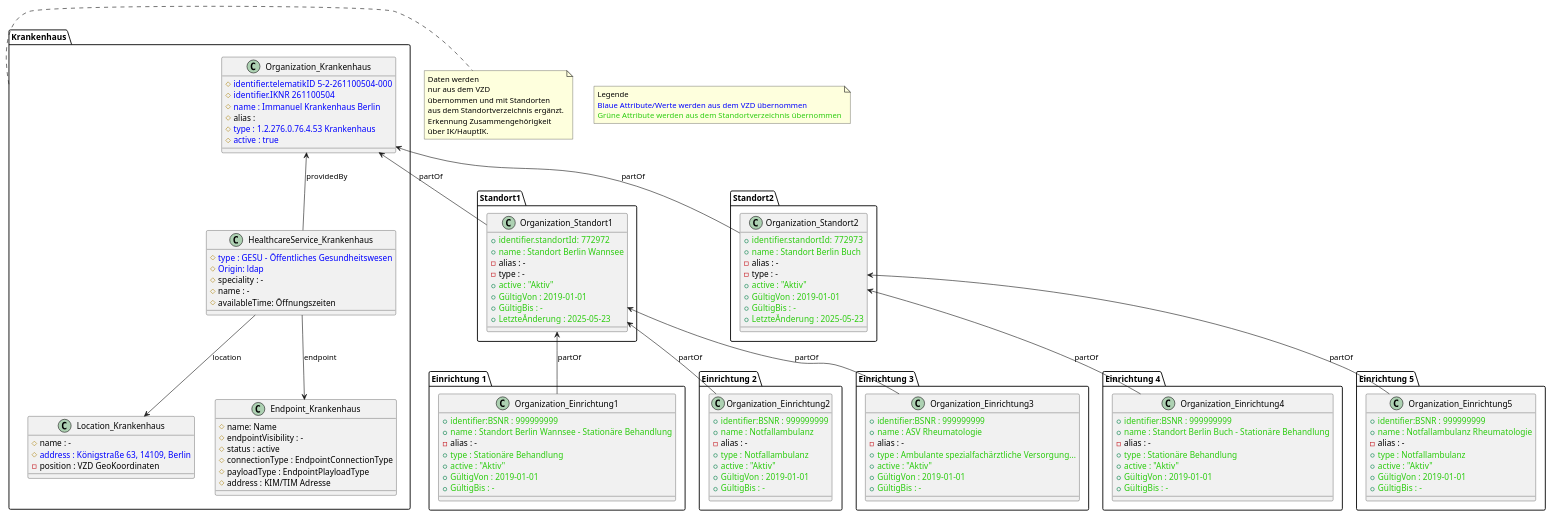
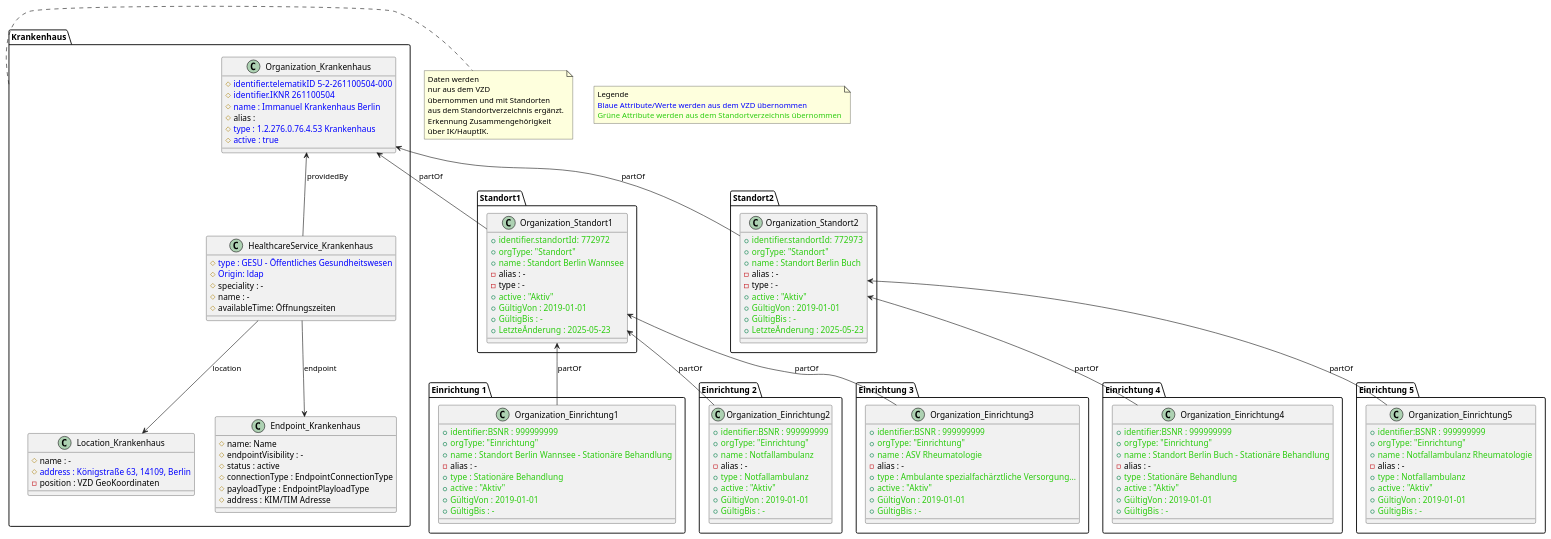
One commit to gematik/api-vzd changed the diagram in src/plantuml/OrgStruct/Standortverzeichnis_Beispiel_Immanuel_Krankenhaus_Berlin_compr.puml. Above: the diagram before and after it, drawn with PlantUML.

```diff
--- a/src/plantuml/OrgStruct/Standortverzeichnis_Beispiel_Immanuel_Krankenhaus_Berlin_compr.puml
+++ b/src/plantuml/OrgStruct/Standortverzeichnis_Beispiel_Immanuel_Krankenhaus_Berlin_compr.puml
@@ -1,180 +1,187 @@
 @startuml
 
 package "Krankenhaus" {
   
 class Organization_Krankenhaus {
 #<color:#0000FF>identifier.telematikID 5-2-261100504-000</color> 
 #<color:#0000FF>identifier.IKNR 261100504</color>
 #<color:#0000FF>name : Immanuel Krankenhaus Berlin</color>
 #alias : 
 #<color:#0000FF>type : 1.2.276.0.76.4.53 Krankenhaus</color>
 #<color:#0000FF>active : true</color>
 }
 
 
 
 class HealthcareService_Krankenhaus {
 #<color:#0000FF>type : GESU - Öffentliches Gesundheitswesen</color>
 #<color:#0000FF>Origin: ldap</color>
 #speciality : -
 #name : -
 #availableTime: Öffnungszeiten
 }
 
 Organization_Krankenhaus <-- HealthcareService_Krankenhaus : providedBy
 HealthcareService_Krankenhaus --> Location_Krankenhaus : location
 HealthcareService_Krankenhaus --> Endpoint_Krankenhaus : endpoint
 
 
 class Location_Krankenhaus {
 #name : -
 #<color:#0000FF>address : Königstraße 63, 14109, Berlin</color>
 -position : VZD GeoKoordinaten
 }
 
 
 class Endpoint_Krankenhaus {
 #name: Name
 #endpointVisibility : -
 #status : active
 #connectionType : EndpointConnectionType
 #payloadType : EndpointPlayloadType
 #address : KIM/TIM Adresse
 }
 
 }
 
 note right of Krankenhaus 
    Daten werden
    nur aus dem VZD
    übernommen und mit Standorten 
    aus dem Standortverzeichnis ergänzt.
    Erkennung Zusammengehörigkeit
    über IK/HauptIK.
 end note   
 
 note "Legende\n<color:#0000FF>Blaue Attribute/Werte werden aus dem VZD übernommen</color>\n<color:#2bcc0e>Grüne Attribute werden aus dem Standortverzeichnis übernommen</color>" as N1
 
 package "Standort1" {
 
 class Organization_Standort1 {
 +<color:#2bcc0e>identifier.standortId: 772972</color>
++<color:#2bcc0e>orgType: "Standort"</color>
 +<color:#2bcc0e>name : Standort Berlin Wannsee</color>
 -alias : -
 -type : -
 +<color:#2bcc0e>active : "Aktiv"</color>
 +<color:#2bcc0e>GültigVon : 2019-01-01</color>
 +<color:#2bcc0e>GültigBis : -</color>
 +<color:#2bcc0e>LetzteÄnderung : 2025-05-23</color>
 }
 
 Organization_Krankenhaus <-- Organization_Standort1 : "partOf"
 HealthcareService_Krankenhaus -[hidden]right-> Organization_Standort1
 
 }
 
 package "Standort2" {
 
 class Organization_Standort2 {
 +<color:#2bcc0e>identifier.standortId: 772973</color>
++<color:#2bcc0e>orgType: "Standort"</color>
 +<color:#2bcc0e>name : Standort Berlin Buch</color>
 -alias : -
 -type : -
 +<color:#2bcc0e>active : "Aktiv"</color>
 +<color:#2bcc0e>GültigVon : 2019-01-01</color>
 +<color:#2bcc0e>GültigBis : -</color>
 +<color:#2bcc0e>LetzteÄnderung : 2025-05-23</color>
 }
 
 Organization_Krankenhaus <-- Organization_Standort2 : "partOf"
 HealthcareService_Krankenhaus -[hidden]right-> Organization_Standort2
 
 
 }
 
 package "Einrichtung 1" {
 
 class Organization_Einrichtung1 {
 +<color:#2bcc0e>identifier:BSNR : 999999999</color>
++<color:#2bcc0e>orgType: "Einrichtung"</color>
 +<color:#2bcc0e>name : Standort Berlin Wannsee - Stationäre Behandlung</color>
 -alias : -
 +<color:#2bcc0e>type : Stationäre Behandlung</color>
 +<color:#2bcc0e>active : "Aktiv"</color>
 +<color:#2bcc0e>GültigVon : 2019-01-01</color>
 +<color:#2bcc0e>GültigBis : -</color>
 }
 
 
 Organization_Standort1 <-- Organization_Einrichtung1 : "partOf"
 
 
 }
 
 package "Einrichtung 2" {
 
 class Organization_Einrichtung2 {
 +<color:#2bcc0e>identifier:BSNR : 999999999</color>
++<color:#2bcc0e>orgType: "Einrichtung"</color>
 +<color:#2bcc0e>name : Notfallambulanz</color>
 -alias : -
 +<color:#2bcc0e>type : Notfallambulanz</color>
 +<color:#2bcc0e>active : "Aktiv"</color>
 +<color:#2bcc0e>GültigVon : 2019-01-01</color>
 +<color:#2bcc0e>GültigBis : -</color>
 }
 
 Organization_Standort1 <-- Organization_Einrichtung2 : "partOf"
 
 
 }
 
 package "Einrichtung 3" {
 
 class Organization_Einrichtung3 {
 +<color:#2bcc0e>identifier:BSNR : 999999999</color>
++<color:#2bcc0e>orgType: "Einrichtung"</color>
 +<color:#2bcc0e>name : ASV Rheumatologie</color>
 -alias : -
 +<color:#2bcc0e>type : Ambulante spezialfachärztliche Versorgung...</color>
 +<color:#2bcc0e>active : "Aktiv"</color>
 +<color:#2bcc0e>GültigVon : 2019-01-01</color>
 +<color:#2bcc0e>GültigBis : -</color>
 }
 
 Organization_Standort1 <-- Organization_Einrichtung3 : "partOf"
 
 
 }
 
 
 package "Einrichtung 4" {
 
 class Organization_Einrichtung4 {
 +<color:#2bcc0e>identifier:BSNR : 999999999</color>
++<color:#2bcc0e>orgType: "Einrichtung"</color>
 +<color:#2bcc0e>name : Standort Berlin Buch - Stationäre Behandlung</color>
 -alias : -
 +<color:#2bcc0e>type : Stationäre Behandlung</color>
 +<color:#2bcc0e>active : "Aktiv"</color>
 +<color:#2bcc0e>GültigVon : 2019-01-01</color>
 +<color:#2bcc0e>GültigBis : -</color>
 }
 
 Organization_Standort2 <-- Organization_Einrichtung4 : "partOf"
 
 }
 
 package "Einrichtung 5" {
 
 class Organization_Einrichtung5 {
 +<color:#2bcc0e>identifier:BSNR : 999999999</color>
++<color:#2bcc0e>orgType: "Einrichtung"</color>
 +<color:#2bcc0e>name : Notfallambulanz Rheumatologie</color>
 -alias : -
 +<color:#2bcc0e>type : Notfallambulanz</color>
 +<color:#2bcc0e>active : "Aktiv"</color>
 +<color:#2bcc0e>GültigVon : 2019-01-01</color>
 +<color:#2bcc0e>GültigBis : -</color>
 }
 
 Organization_Standort2 <-- Organization_Einrichtung5 : "partOf"
 
 }
 
 @enduml
```
